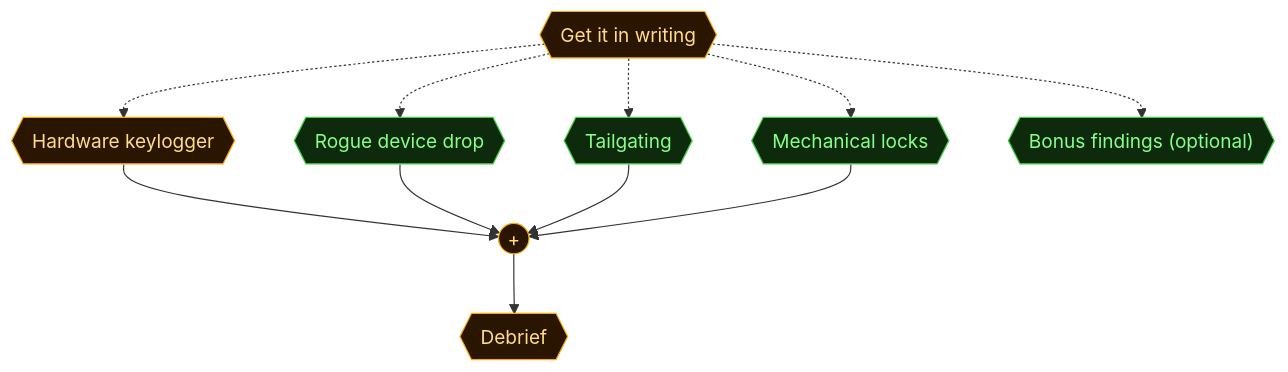
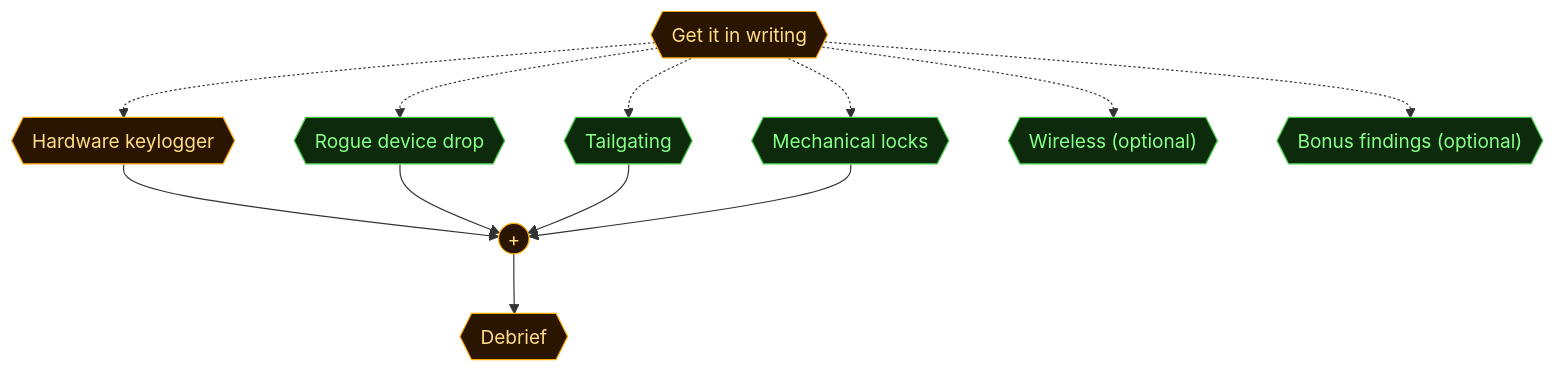
One commit to cliffe/BreakEscape changed the second of 5 diagrams in scenarios/lab_physical_pentest/dungeon_graph.md. Above: the diagram before and after it, drawn with Mermaid. The commit also changed other lines of this file and 2 other files, not shown here.

Commit message:
lab_physical_pentest: refresh dungeon graph for the A2 content

````diff
--- a/scenarios/lab_physical_pentest/dungeon_graph.md
+++ b/scenarios/lab_physical_pentest/dungeon_graph.md
@@ -181,41 +198,43 @@
 ```mermaid
 flowchart TD
 
   classDef room      fill:#0f2d2d,stroke:#22ddcc,color:#a0ffee
   classDef lock      fill:#2d0f0f,stroke:#e66060,color:#ffa0a0
   classDef key       fill:#2d0812,stroke:#e66060,color:#ffa0a0
   classDef item      fill:#2d1200,stroke:#e89030,color:#ffcc80
   classDef gate      fill:#111,stroke:#666,color:#eee
   classDef vm        fill:#0c1f40,stroke:#4a90d9,color:#a0c8ff
   classDef flag      fill:#1a0c2d,stroke:#9060d0,color:#cc99ff
   classDef action    fill:#1a1200,stroke:#cc9922,color:#ffee88
   classDef aim       fill:#0d2a0d,stroke:#44cc44,color:#88ff88
   classDef aim_gate  fill:#111111,stroke:#44cc44,color:#44cc44
   classDef container fill:#1a2d1a,stroke:#60b060,color:#a0e0a0
   classDef npc       fill:#2d1f0d,stroke:#d0a050,color:#ffe0a0
   classDef critical  fill:#2a1500,stroke:#ffaa00,color:#ffdd88
   classDef start     fill:#003322,stroke:#00ffaa,color:#00ffaa
 
   aim_authorise{{"Get it in writing"}}
   aim_keylogger{{"Hardware keylogger"}}
   aim_usb{{"Rogue device drop"}}
   aim_tailgate{{"Tailgating"}}
   aim_mechanical_locks{{"Mechanical locks"}}
+  aim_wireless{{"Wireless (optional)"}}
   aim_bonus_beats{{"Bonus findings (optional)"}}
   aim_debrief{{"Debrief"}}
   aim_andgate_debrief((" + "))
 
   aim_authorise -.-> aim_keylogger
   aim_authorise -.-> aim_usb
   aim_authorise -.-> aim_tailgate
   aim_authorise -.-> aim_mechanical_locks
+  aim_authorise -.-> aim_wireless
   aim_authorise -.-> aim_bonus_beats
   aim_keylogger --> aim_andgate_debrief
   aim_usb --> aim_andgate_debrief
   aim_tailgate --> aim_andgate_debrief
   aim_mechanical_locks --> aim_andgate_debrief
   aim_andgate_debrief --> aim_debrief
 
   class aim_authorise,aim_keylogger,aim_debrief,aim_andgate_debrief critical
-  class aim_usb,aim_tailgate,aim_mechanical_locks,aim_bonus_beats aim
+  class aim_usb,aim_tailgate,aim_mechanical_locks,aim_wireless,aim_bonus_beats aim
 ```
````
